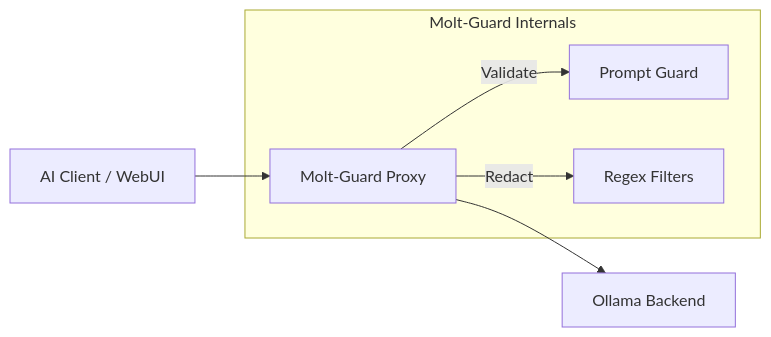
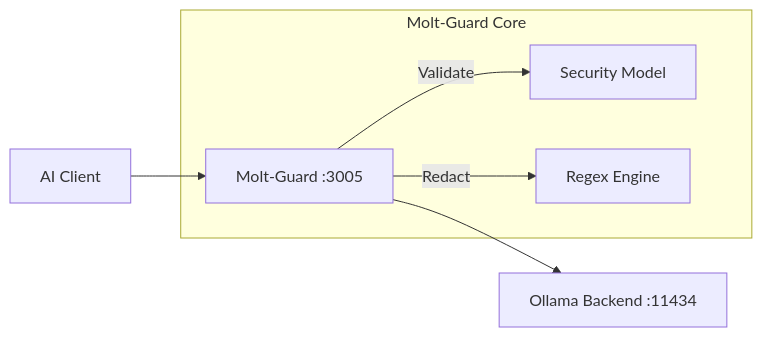
One commit to viberbot/Molt-Guard changed the diagram in README.md. Above: the diagram before and after it, drawn with Mermaid. The commit also changed other lines of this file and 14 other files, not shown here.

````diff
--- a/README.md
+++ b/README.md
@@ -16,10 +22,10 @@
 ```mermaid
 graph LR
-    Client[AI Client / WebUI] --> Proxy[Molt-Guard Proxy]
-    Proxy --> Ollama[Ollama Backend]
+    Client[AI Client] --> Proxy[Molt-Guard :3005]
+    Proxy --> Ollama[Ollama Backend :11434]
     
-    subgraph "Molt-Guard Internals"
-        Proxy -- Validate --> PG[Prompt Guard]
-        Proxy -- Redact --> RF[Regex Filters]
+    subgraph "Molt-Guard Core"
+        Proxy -- Validate --> PG[Security Model]
+        Proxy -- Redact --> RF[Regex Engine]
     end
 ```
````
